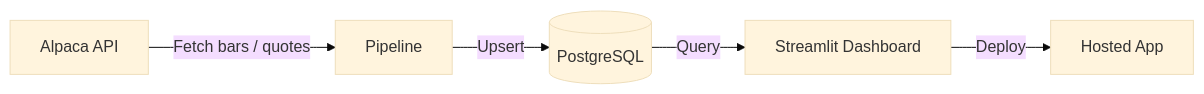
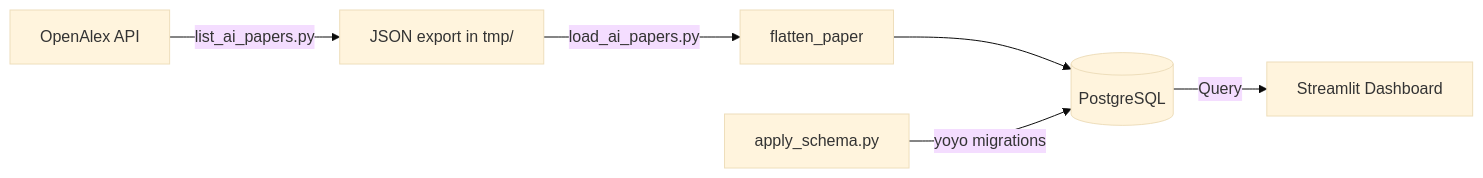
One commit to vinayNayak/ai-market-data-pipeline changed the diagram in README.md. Above: the diagram before and after it, drawn with Mermaid (base theme). The commit also changed other lines of this file and 7 other files, not shown here.

````diff
--- a/README.md
+++ b/README.md
@@ -13,7 +13,8 @@
 ```mermaid
 flowchart LR
-    A[Alpaca API] -->|Fetch bars / quotes| B[Pipeline]
-    B -->|Upsert| C[(PostgreSQL)]
-    C -->|Query| D[Streamlit Dashboard]
-    D -->|Deploy| E[Hosted App]
+    A[OpenAlex API] -->|list_ai_papers.py| B[JSON export in tmp/]
+    B -->|load_ai_papers.py| C[flatten_paper]
+    C --> D[(PostgreSQL)]
+    E[apply_schema.py] -->|yoyo migrations| D
+    D -->|Query| F[Streamlit Dashboard]
 ```
````
